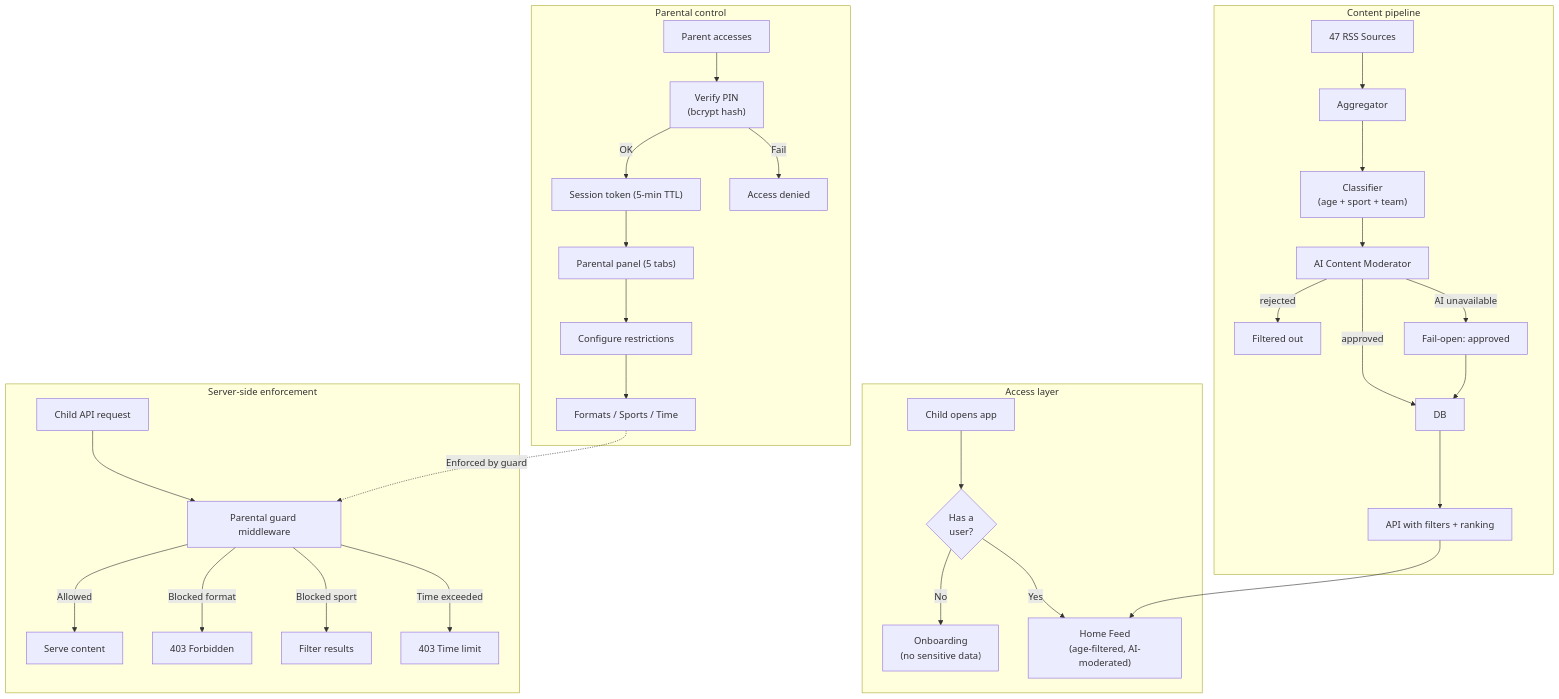
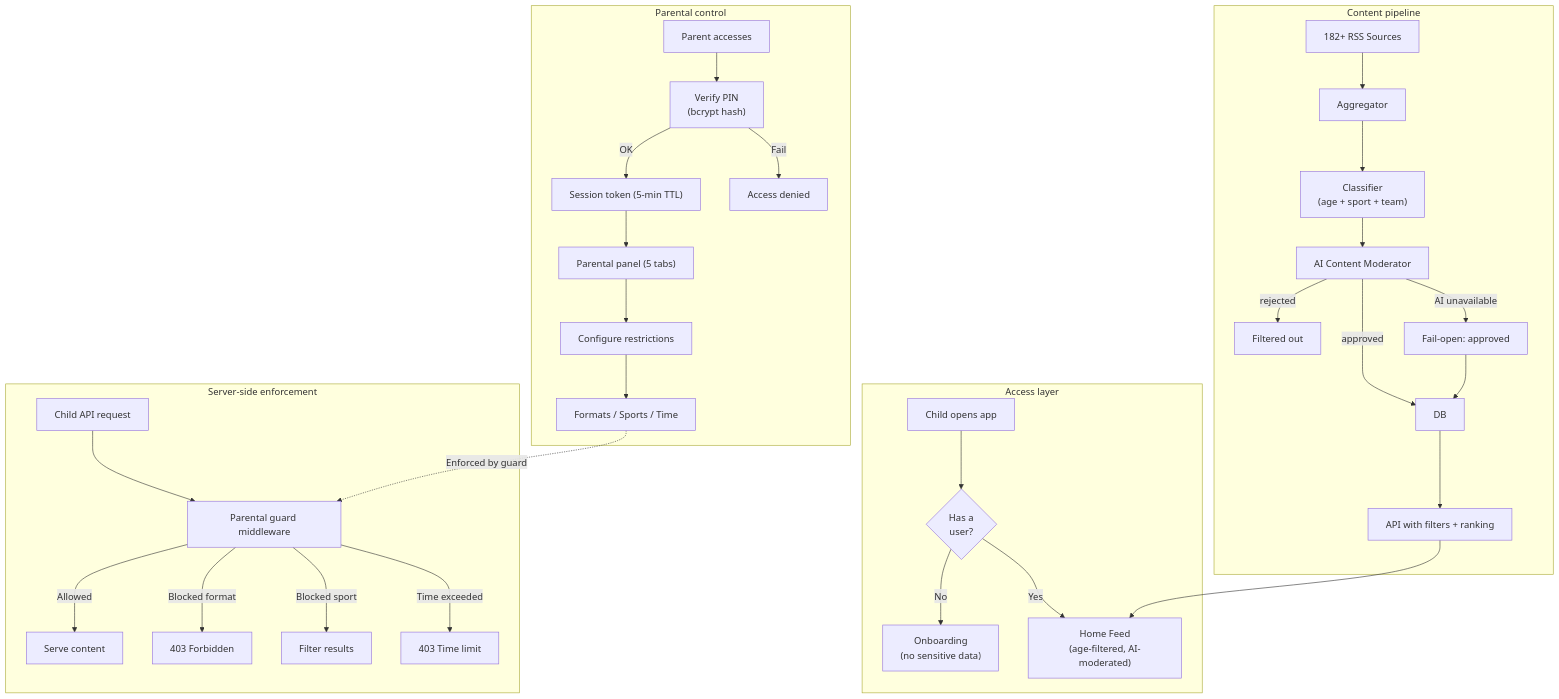
The diagram in docs/en/09-security-and-privacy.md (durdy48/SportyKids), drawn with Mermaid before and after one commit. The commit also changed other lines of this file and 425 other files, not shown here.

````diff
--- a/docs/en/09-security-and-privacy.md
+++ b/docs/en/09-security-and-privacy.md
@@ -70,39 +82,39 @@
 ```mermaid
 flowchart TD
     subgraph "Access layer"
         A["Child opens app"] --> B{"Has a<br/>user?"}
         B -->|No| C["Onboarding<br/>(no sensitive data)"]
         B -->|Yes| D["Home Feed<br/>(age-filtered, AI-moderated)"]
     end
 
     subgraph "Parental control"
         E["Parent accesses"] --> F["Verify PIN<br/>(bcrypt hash)"]
         F -->|OK| G["Session token (5-min TTL)"]
         G --> H["Parental panel (5 tabs)"]
         F -->|Fail| I["Access denied"]
         H --> J["Configure restrictions"]
         J --> K["Formats / Sports / Time"]
     end
 
     subgraph "Server-side enforcement"
         L["Child API request"] --> M["Parental guard middleware"]
         M -->|Allowed| N["Serve content"]
         M -->|Blocked format| O["403 Forbidden"]
         M -->|Blocked sport| P["Filter results"]
         M -->|Time exceeded| Q["403 Time limit"]
     end
 
     subgraph "Content pipeline"
-        R["47 RSS Sources"] --> S["Aggregator"]
+        R["182+ RSS Sources"] --> S["Aggregator"]
         S --> T["Classifier<br/>(age + sport + team)"]
         T --> U["AI Content Moderator"]
         U -->|approved| V["DB"]
         U -->|rejected| W["Filtered out"]
         U -->|AI unavailable| X["Fail-open: approved"]
         X --> V
         V --> Y["API with filters + ranking"]
         Y --> D
     end
 
     K -.->|"Enforced by guard"| M
 ```
````
